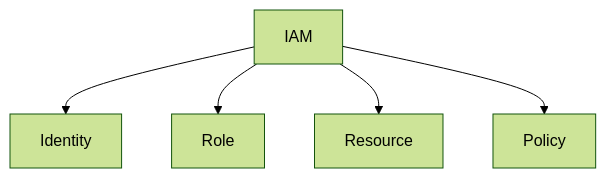
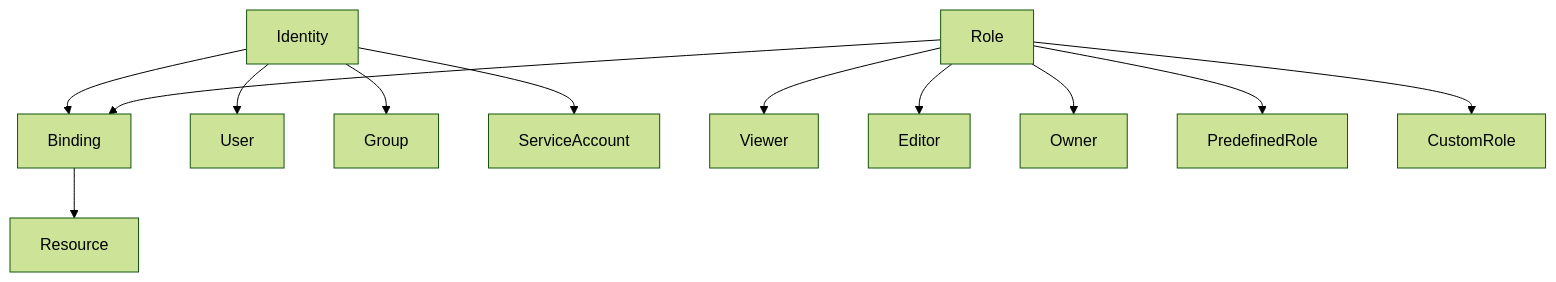
The first of 14 diagrams in 06_LAB/01_GCP_ACE_HACK/sessions_ver262/01_iam.md (conti0513/development_public), drawn with Mermaid (forest theme) before and after one commit. The commit also changed other lines of this file and 1 other file, not shown here.

Commit message:
docs: update IAM decision tree and database notes for ACE study

````diff
--- a/06_LAB/01_GCP_ACE_HACK/sessions_ver262/01_iam.md
+++ b/06_LAB/01_GCP_ACE_HACK/sessions_ver262/01_iam.md
@@ -5,7 +15,17 @@
 ```mermaid
 graph TD
-IAM --> Identity
-IAM --> Role
-IAM --> Resource
-IAM --> Policy
+
+Identity --> Binding
+Role --> Binding
+Binding --> Resource
+
+Identity --> User
+Identity --> Group
+Identity --> ServiceAccount
+
+Role --> Viewer
+Role --> Editor
+Role --> Owner
+Role --> PredefinedRole
+Role --> CustomRole
 ```
````
